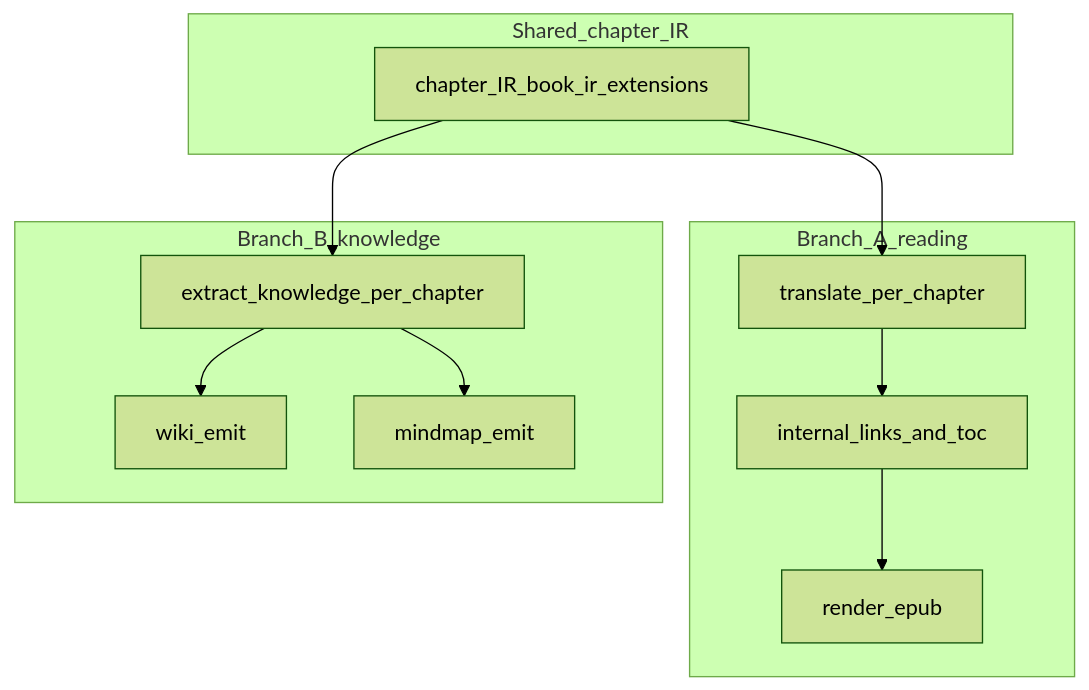
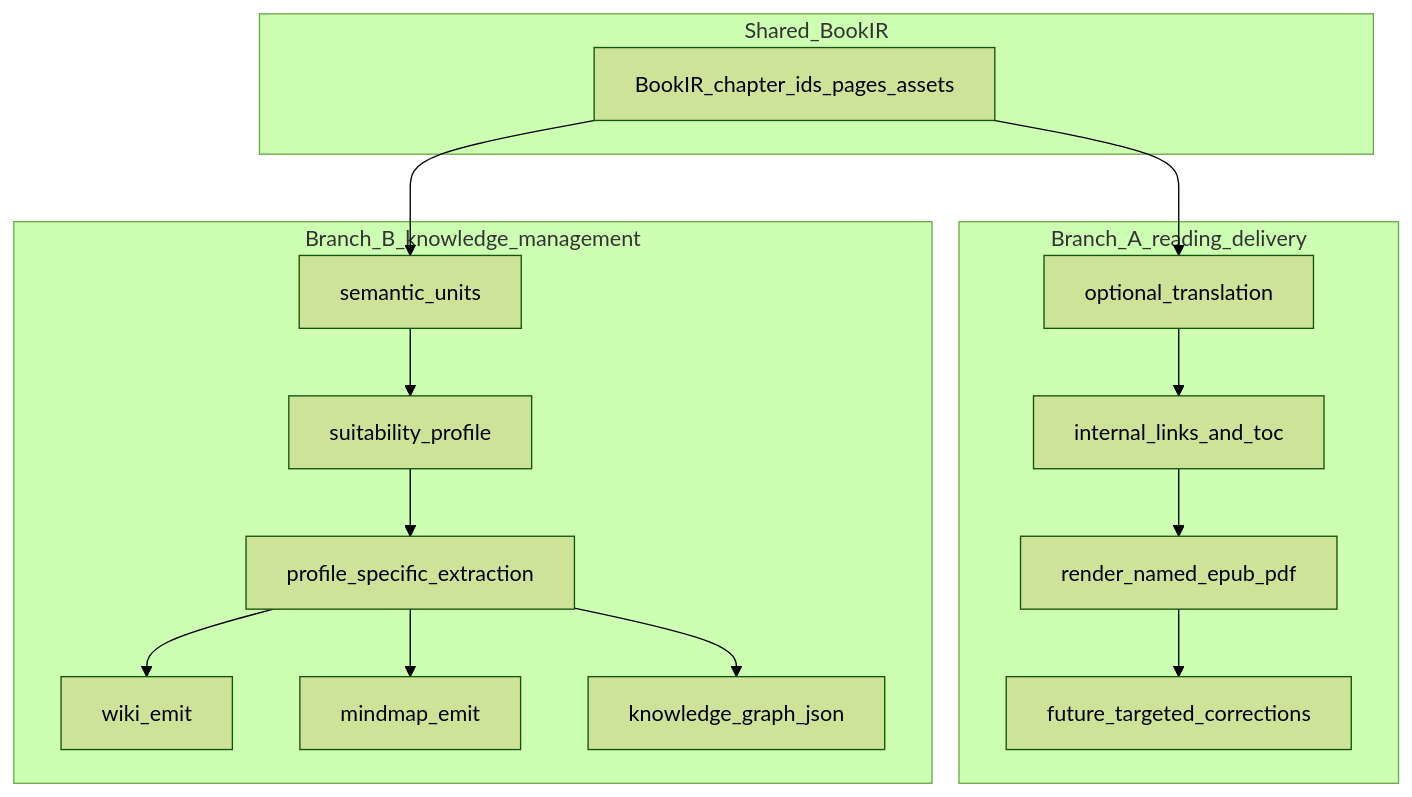
The second of 2 diagrams in docs/ROADMAP.md (roycehwa/book-weaver), drawn with Mermaid (forest theme) before and after one commit. The commit also changed other lines of this file and 20 other files, not shown here.

Commit message:
Stabilize book translation phase A

````diff
--- a/docs/ROADMAP.md
+++ b/docs/ROADMAP.md
@@ -14,19 +47,24 @@
 ```mermaid
 flowchart TB
-  subgraph shared [Shared_chapter_IR]
-    IR[chapter_IR_book_ir_extensions]
+  subgraph shared [Shared_BookIR]
+    IR[BookIR_chapter_ids_pages_assets]
   end
-  subgraph branchA [Branch_A_reading]
-    T[translate_per_chapter]
+  subgraph branchA [Branch_A_reading_delivery]
+    T[optional_translation]
     NAV[internal_links_and_toc]
-    EPUB[render_epub]
-    IR --> T --> NAV --> EPUB
+    EPUB[render_named_epub_pdf]
+    PATCH[future_targeted_corrections]
+    IR --> T --> NAV --> EPUB --> PATCH
   end
-  subgraph branchB [Branch_B_knowledge]
-    EX[extract_knowledge_per_chapter]
+  subgraph branchB [Branch_B_knowledge_management]
+    SU[semantic_units]
+    PROF[suitability_profile]
+    EX[profile_specific_extraction]
     W[wiki_emit]
     M[mindmap_emit]
-    IR --> EX --> W
+    G[knowledge_graph_json]
+    IR --> SU --> PROF --> EX --> W
     EX --> M
+    EX --> G
   end
 ```
````
